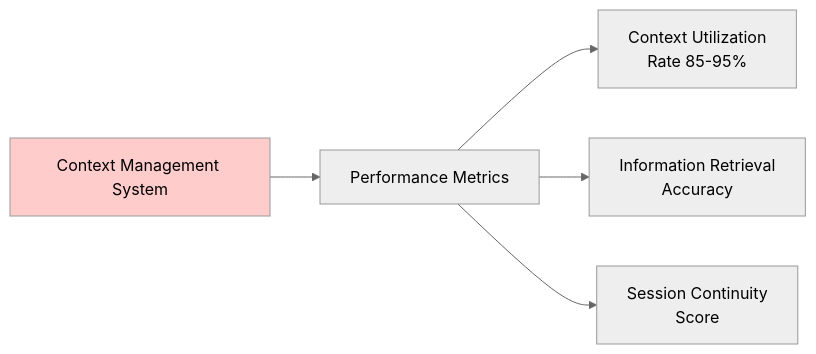
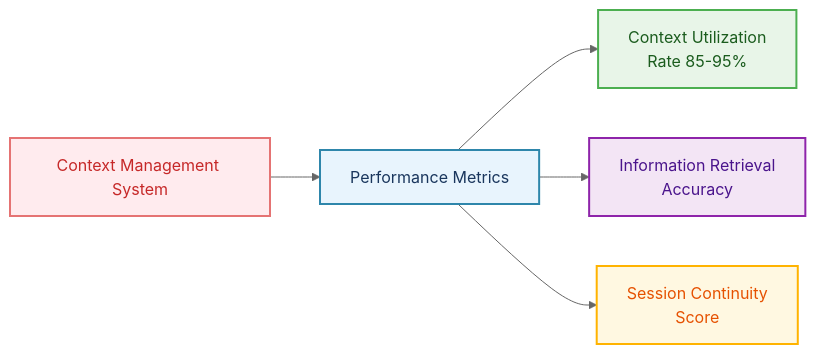
Diagram 15 of 17 in reference/technical-articles/2025-06-29-context-management-llm-agents.md (raphaelmansuy/digital_palace), drawn with Mermaid (neutral theme) before and after one commit. The commit also changed other lines of this file, not shown here.

Commit message:
feat: enhance flowchart styles for improved visual clarity and consistency

````diff
--- a/reference/technical-articles/2025-06-29-context-management-llm-agents.md
+++ b/reference/technical-articles/2025-06-29-context-management-llm-agents.md
@@ -790,10 +871,14 @@
 ```mermaid
 flowchart LR
     A[Context Management System] --> B[Performance Metrics]
     
     B --> C[Context Utilization<br/>Rate 85-95%]
     B --> D[Information Retrieval<br/>Accuracy]
     B --> E[Session Continuity<br/>Score]
     
-    style A fill:#ffcccc
+    style A fill:#FFEBEE,stroke:#E57373,stroke-width:2px,color:#C62828
+    style B fill:#E8F4FD,stroke:#2E86AB,stroke-width:2px,color:#1A365D
+    style C fill:#E8F5E8,stroke:#4CAF50,stroke-width:2px,color:#1B5C1E
+    style D fill:#F3E5F5,stroke:#8E24AA,stroke-width:2px,color:#4A148C
+    style E fill:#FFF8E1,stroke:#FFB300,stroke-width:2px,color:#E65100
 ```
````
